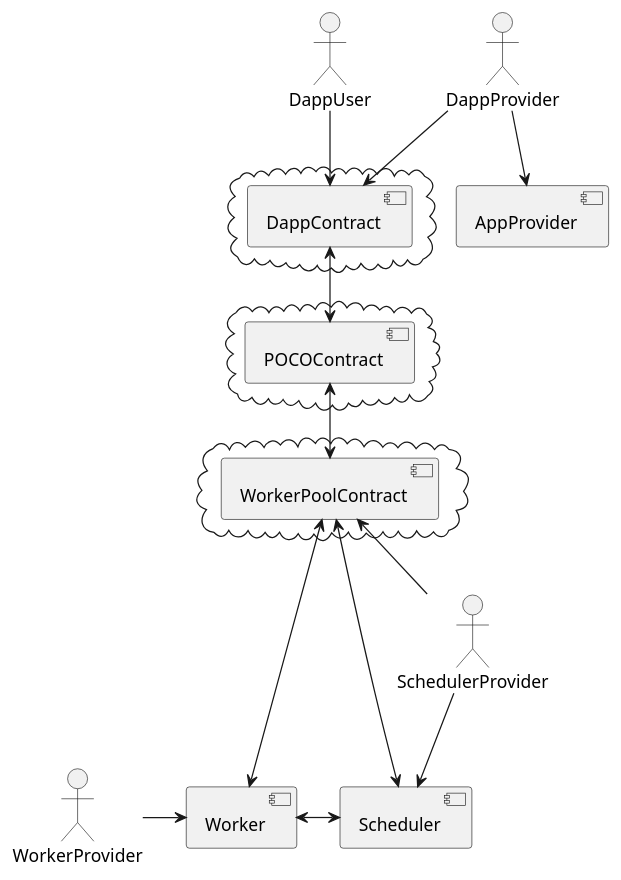
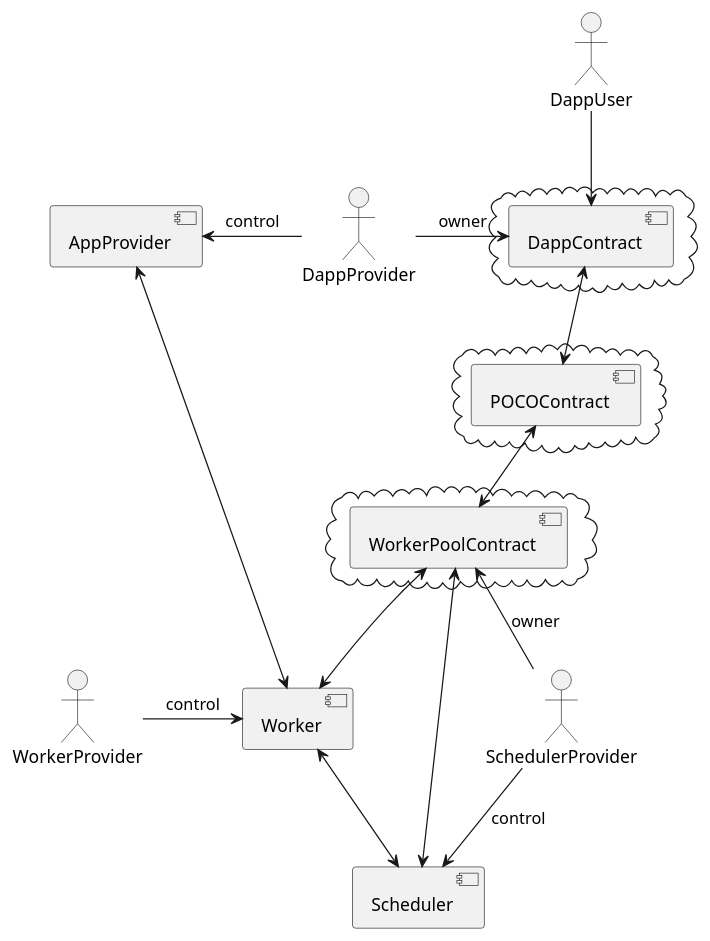
One commit to iExecBlockchainComputing/PoCo changed the diagram in v2plan/contracts/V2ComponentNamedVectical.puml. Above: the diagram before and after it, drawn with PlantUML. The commit also changed 1 other file, not shown here.

```diff
--- a/v2plan/contracts/V2ComponentNamedVectical.puml
+++ b/v2plan/contracts/V2ComponentNamedVectical.puml
@@ -1,51 +1,53 @@
 @startuml
 
 
 :DappUser:
 
 :DappProvider:
 cloud {
   [DappContract]
 }
 component [DappContract]
 component [AppProvider]
 
 :SchedulerProvider:
 cloud {
   [WorkerPoolContract]
 }
 
 component [WorkerPoolContract]
 component [Scheduler]
 
 :WorkerProvider:
 component [Worker]
 
 cloud {
   [POCOContract]
 }
 component [POCOContract]
 
 
 
 
 DappUser -down-> [DappContract]
-DappProvider --> [DappContract]
-DappProvider --> AppProvider
-SchedulerProvider -up-> [WorkerPoolContract]
-SchedulerProvider -down-> [Scheduler]
+DappProvider -right-> [DappContract]: owner
+DappProvider -left-> AppProvider : control
+SchedulerProvider -up-> [WorkerPoolContract]: owner
+SchedulerProvider -down-> [Scheduler]: control
 
 [DappContract] <-down-> [POCOContract]
 [POCOContract] <-down-> [WorkerPoolContract]
 [Scheduler] <-up-> [WorkerPoolContract]
 [Worker] <-up-> [WorkerPoolContract]
 
-[WorkerProvider] -right-> [Worker]
+[WorkerProvider] -right-> [Worker] : control
 
 [Worker] <-right-> [Scheduler]
+
+[Worker] <-up-> [AppProvider]
 
 'missing link :  [AppProvider] <-> [Worker] . add mannualy on img because i do not succeed to layout it
 
 
 
 @enduml
```
